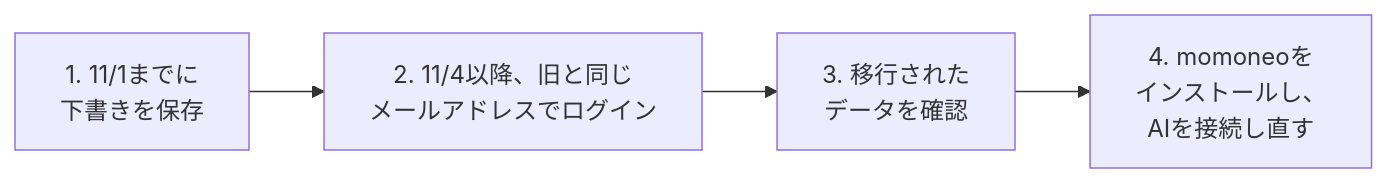
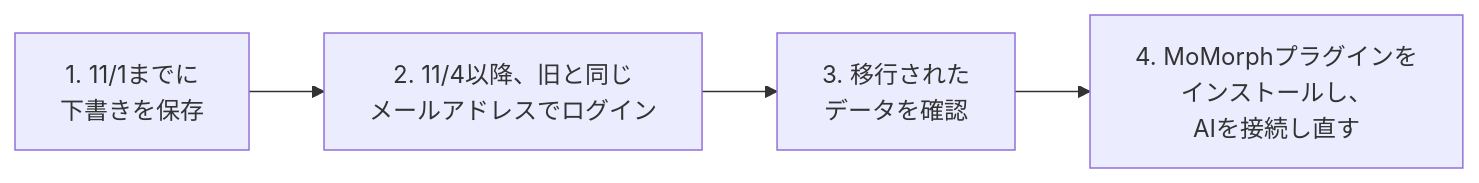
The third of 4 diagrams in docs/v1-to-v2-migration.ja.md (framgia/momorph-support), drawn with Mermaid before and after one commit. The commit also changed other lines of this file and 21 other files, not shown here.

````diff
--- a/docs/v1-to-v2-migration.ja.md
+++ b/docs/v1-to-v2-migration.ja.md
@@ -73,4 +73,4 @@
 ```mermaid
 flowchart LR
-  A["1. 11/1までに<br>下書きを保存"] --> B["2. 11/4以降、旧と同じ<br>メールアドレスでログイン"] --> C["3. 移行された<br>データを確認"] --> D["4. momoneoを<br>インストールし、<br>AIを接続し直す"]
+  A["1. 11/1までに<br>下書きを保存"] --> B["2. 11/4以降、旧と同じ<br>メールアドレスでログイン"] --> C["3. 移行された<br>データを確認"] --> D["4. MoMorphプラグインを<br>インストールし、<br>AIを接続し直す"]
 ```
````
